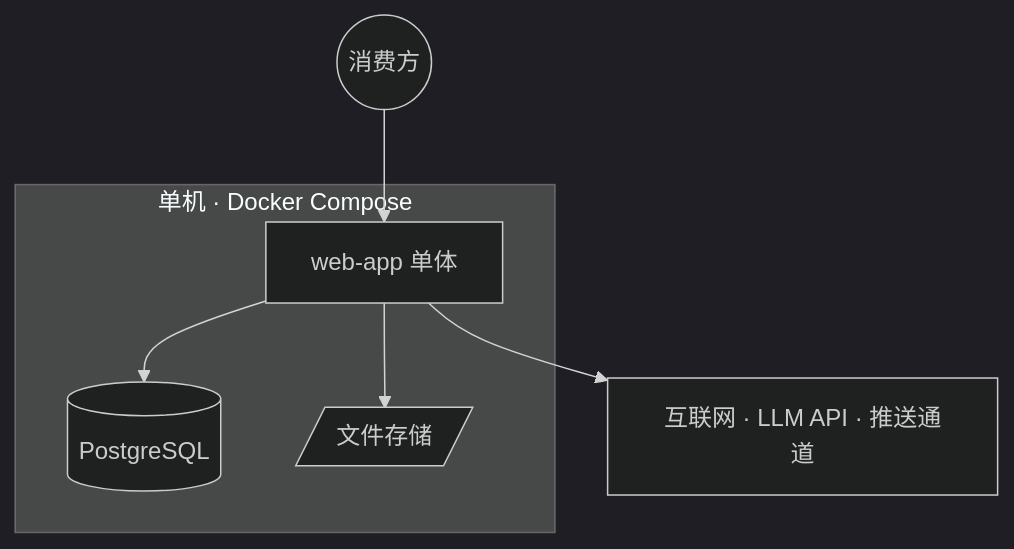
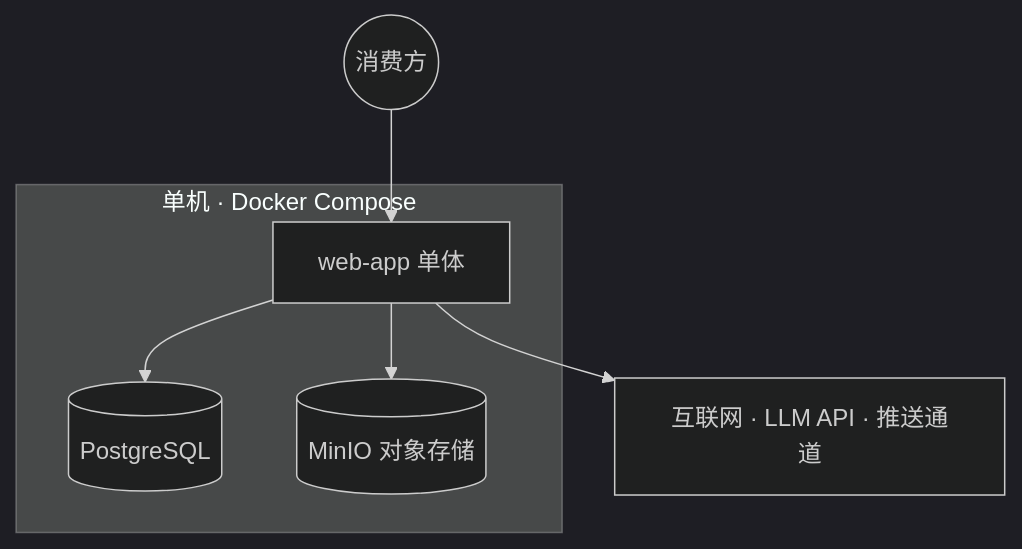
Before and after one commit to leoricmaster/iih: the second of 3 diagrams in backlog/docs/doc-05 - 技术架构-Technical-Architecture.md, drawn with Mermaid (dark theme). The commit also changed other lines of this file and 44 other files, not shown here.

````diff
--- a/backlog/docs/doc-05 - 技术架构-Technical-Architecture.md
+++ b/backlog/docs/doc-05 - 技术架构-Technical-Architecture.md
@@ -52,12 +52,12 @@
 ```mermaid
 flowchart TB
     subgraph HOST[单机 · Docker Compose]
         APP[web-app 单体]
         PG[(PostgreSQL)]
-        FS[/文件存储/]
+        MO[(MinIO 对象存储)]
     end
     U((消费方)) --> APP
     APP --> PG
-    APP --> FS
+    APP --> MO
     APP --> EXT[互联网 · LLM API · 推送通道]
 ```
````
